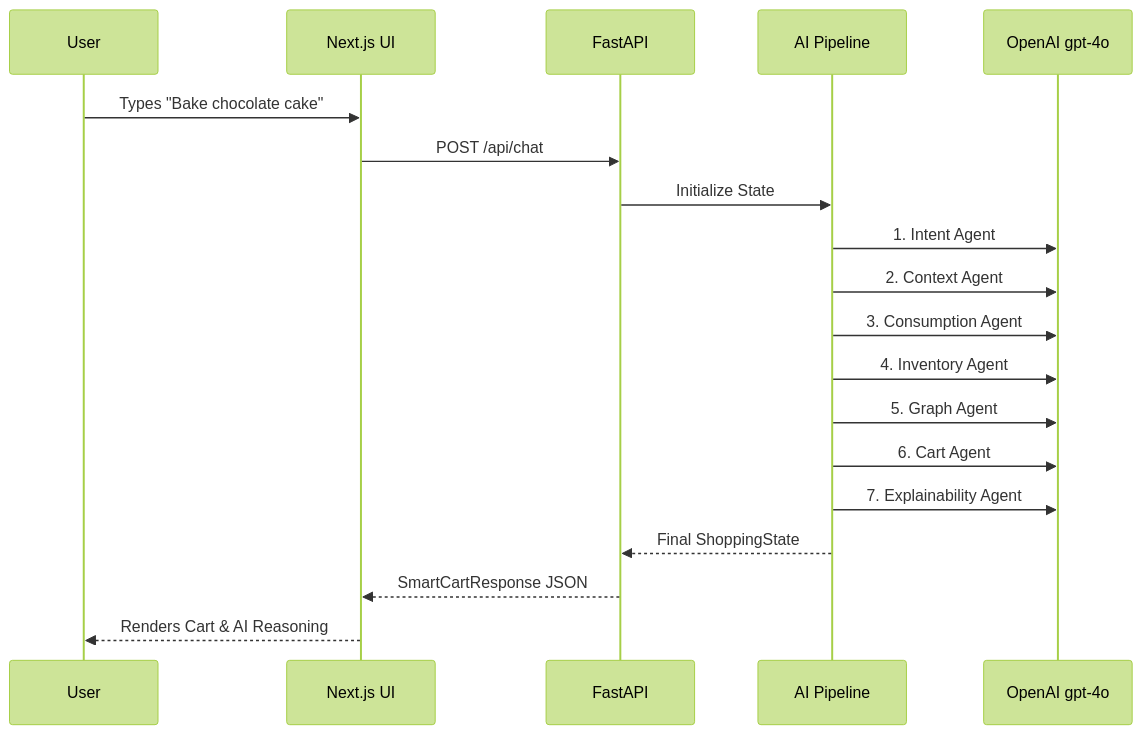
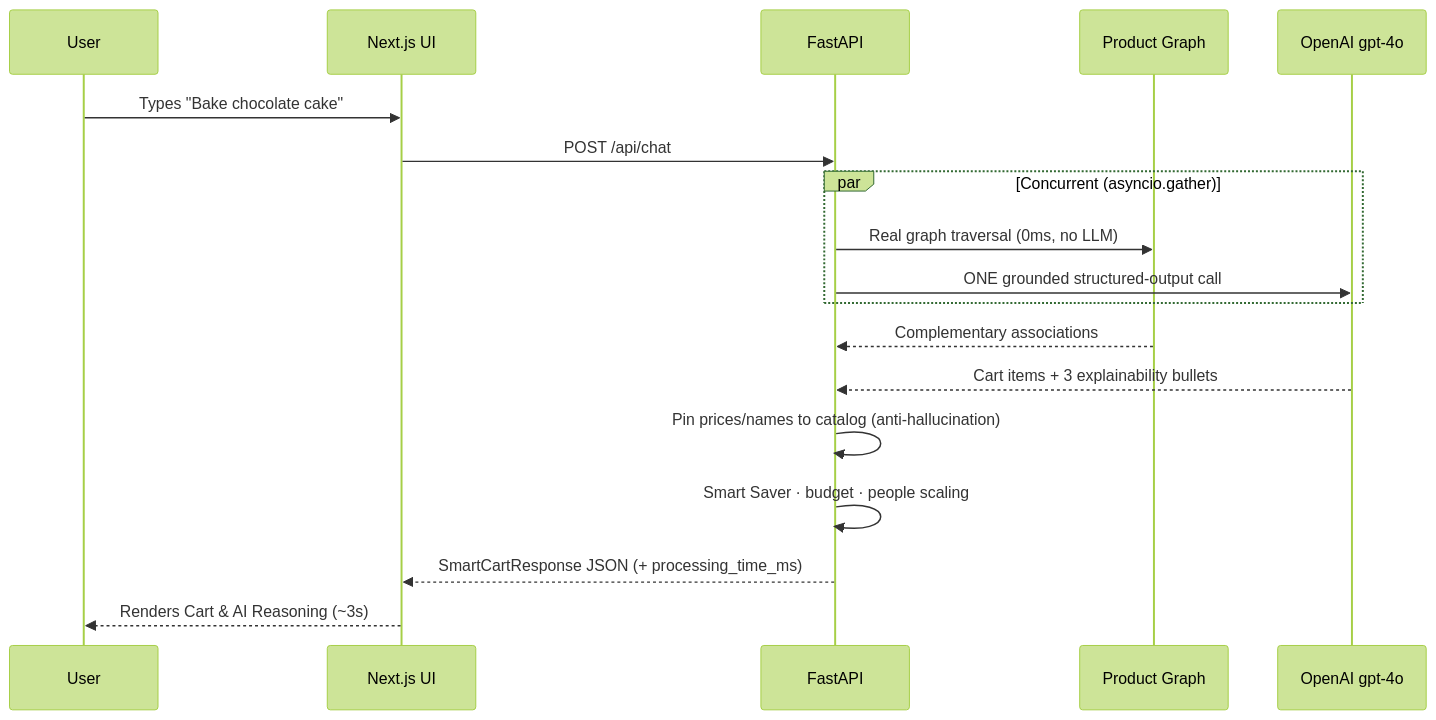
The first of 2 diagrams in AppFlow.md (CodeCraftsmanRohit/Amazon_NOW), drawn with Mermaid (forest theme) before and after one commit. The commit also changed other lines of this file and 11 other files, not shown here.

````diff
--- a/AppFlow.md
+++ b/AppFlow.md
@@ -5,22 +5,21 @@
 ```mermaid
 sequenceDiagram
     participant User
     participant Frontend as Next.js UI
     participant Backend as FastAPI
-    participant LangGraph as AI Pipeline
+    participant Graph as Product Graph
     participant LLM as OpenAI gpt-4o
 
     User->>Frontend: Types "Bake chocolate cake"
     Frontend->>Backend: POST /api/chat
-    Backend->>LangGraph: Initialize State
-    LangGraph->>LLM: 1. Intent Agent
-    LangGraph->>LLM: 2. Context Agent
-    LangGraph->>LLM: 3. Consumption Agent
-    LangGraph->>LLM: 4. Inventory Agent
-    LangGraph->>LLM: 5. Graph Agent
-    LangGraph->>LLM: 6. Cart Agent
-    LangGraph->>LLM: 7. Explainability Agent
-    LangGraph-->>Backend: Final ShoppingState
-    Backend-->>Frontend: SmartCartResponse JSON
-    Frontend-->>User: Renders Cart & AI Reasoning
+    par Concurrent (asyncio.gather)
+        Backend->>Graph: Real graph traversal (0ms, no LLM)
+        Backend->>LLM: ONE grounded structured-output call
+    end
+    Graph-->>Backend: Complementary associations
+    LLM-->>Backend: Cart items + 3 explainability bullets
+    Backend->>Backend: Pin prices/names to catalog (anti-hallucination)
+    Backend->>Backend: Smart Saver · budget · people scaling
+    Backend-->>Frontend: SmartCartResponse JSON (+ processing_time_ms)
+    Frontend-->>User: Renders Cart & AI Reasoning (~3s)
 ```
````
